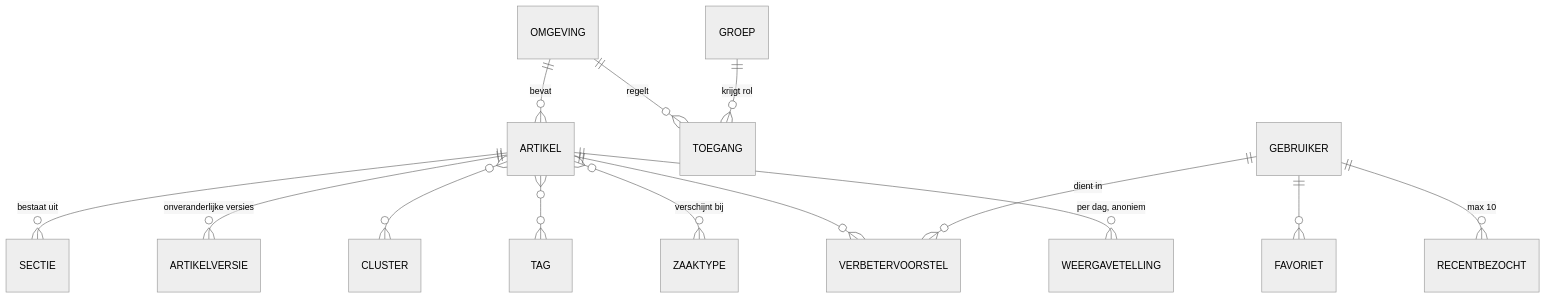
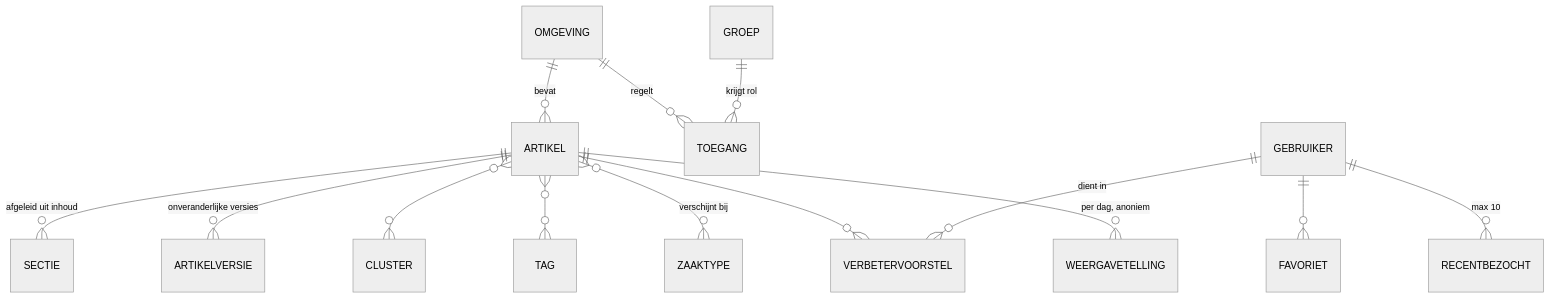
Before and after one commit to habborubriek-sys/Kennisbank: the second of 2 diagrams in docs/architectuur.md, drawn with Mermaid (neutral theme). The commit also changed other lines of this file and 32 other files, not shown here.

````diff
--- a/docs/architectuur.md
+++ b/docs/architectuur.md
@@ -40,16 +40,16 @@
 ```mermaid
 erDiagram
   OMGEVING ||--o{ ARTIKEL : bevat
   OMGEVING ||--o{ TOEGANG : "regelt"
   GROEP ||--o{ TOEGANG : "krijgt rol"
-  ARTIKEL ||--o{ SECTIE : "bestaat uit"
+  ARTIKEL ||--o{ SECTIE : "afgeleid uit inhoud"
   ARTIKEL ||--o{ ARTIKELVERSIE : "onveranderlijke versies"
   ARTIKEL }o--o{ CLUSTER : ""
   ARTIKEL }o--o{ TAG : ""
   ARTIKEL }o--o{ ZAAKTYPE : "verschijnt bij"
   ARTIKEL ||--o{ VERBETERVOORSTEL : ""
   ARTIKEL ||--o{ WEERGAVETELLING : "per dag, anoniem"
   GEBRUIKER ||--o{ FAVORIET : ""
   GEBRUIKER ||--o{ RECENTBEZOCHT : "max 10"
   GEBRUIKER ||--o{ VERBETERVOORSTEL : "dient in"
 ```
````
